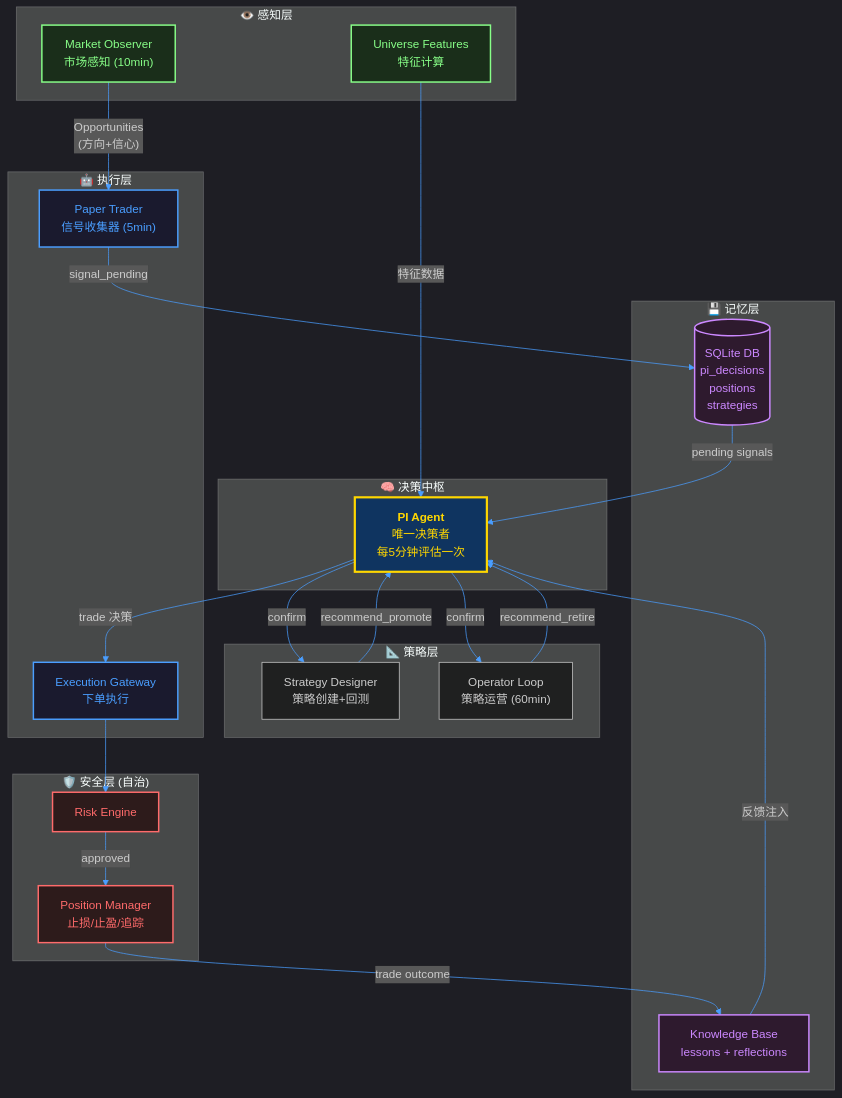
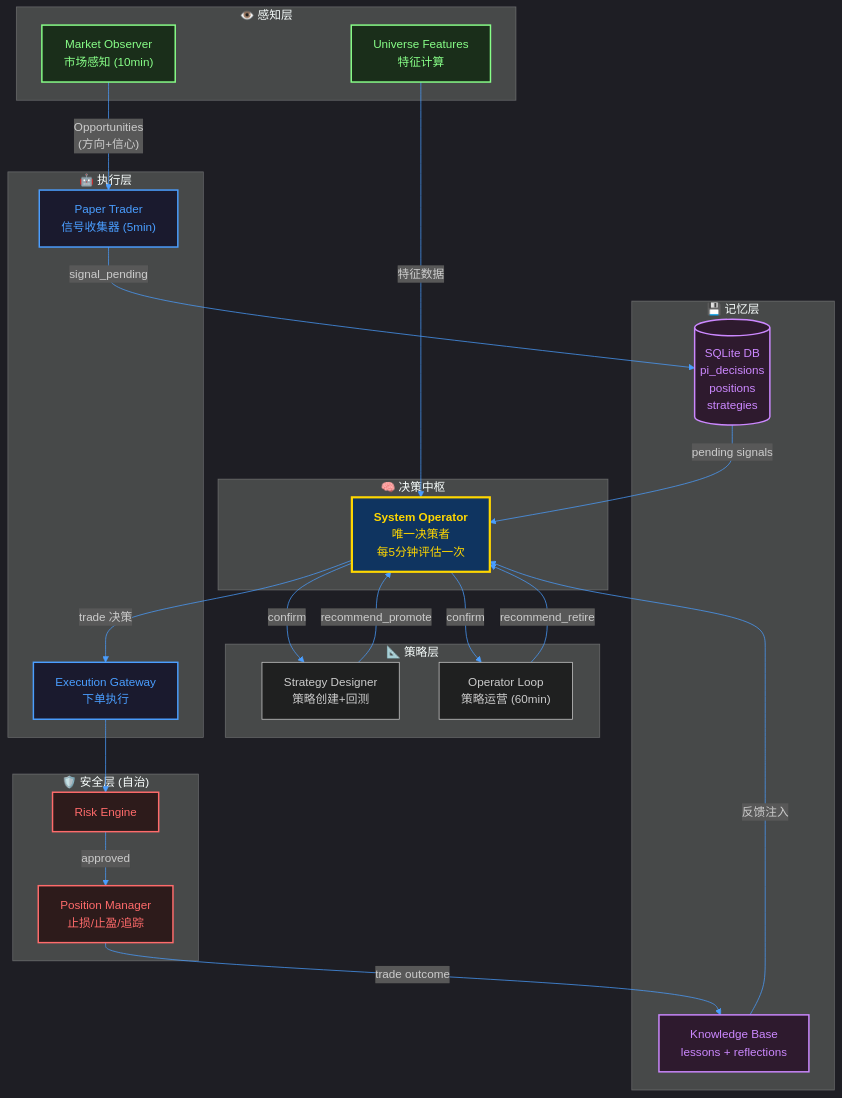
Before and after one commit to iridyne/aletheia: the diagram in docs/diagrams/01_system_overview.mmd, drawn with Mermaid. The commit also changed 43 other files, not shown here.

First line of the commit message:
chore(rename): PI Agent → System Operator across runtime-visible surfaces (display layer)

```diff
--- a/docs/diagrams/01_system_overview.mmd
+++ b/docs/diagrams/01_system_overview.mmd
@@ -1,54 +1,54 @@
 %%{init: {'theme': 'dark', 'themeVariables': {'primaryColor': '#1a1a2e', 'primaryTextColor': '#e0e0e0', 'primaryBorderColor': '#4a9eff', 'lineColor': '#4a9eff', 'fontFamily': 'sans-serif'}}}%%
 flowchart TD
     subgraph BRAIN["🧠 决策中枢"]
-        PI["<b>PI Agent</b><br/>唯一决策者<br/>每5分钟评估一次"]
+        PI["<b>System Operator</b><br/>唯一决策者<br/>每5分钟评估一次"]
     end
 
     subgraph EYES["👁️ 感知层"]
         OBS["Market Observer<br/>市场感知 (10min)"]
         FEAT["Universe Features<br/>特征计算"]
     end
 
     subgraph HANDS["🤖 执行层"]
         PT["Paper Trader<br/>信号收集器 (5min)"]
         GW["Execution Gateway<br/>下单执行"]
     end
 
     subgraph STRATEGY["📐 策略层"]
         SD["Strategy Designer<br/>策略创建+回测"]
         OP["Operator Loop<br/>策略运营 (60min)"]
     end
 
     subgraph SAFETY["🛡️ 安全层 (自治)"]
         RISK["Risk Engine"]
         PM["Position Manager<br/>止损/止盈/追踪"]
     end
 
     subgraph MEMORY["💾 记忆层"]
         DB[("SQLite DB<br/>pi_decisions<br/>positions<br/>strategies")]
         KB["Knowledge Base<br/>lessons + reflections"]
     end
 
     OBS -->|"Opportunities<br/>(方向+信心)"| PT
     FEAT -->|"特征数据"| PI
     PT -->|"signal_pending"| DB
     DB -->|"pending signals"| PI
     PI -->|"trade 决策"| GW
     GW --> RISK -->|"approved"| PM
     SD -->|"recommend_promote"| PI
     OP -->|"recommend_retire"| PI
     PI -->|"confirm"| SD & OP
     PM -->|"trade outcome"| KB
     KB -->|"反馈注入"| PI
 
     classDef brain fill:#0f3460,stroke:#ffd700,stroke-width:3px,color:#ffd700
     classDef eyes fill:#1a2e1a,stroke:#88ff88,stroke-width:2px,color:#88ff88
     classDef hands fill:#1a1a2e,stroke:#4a9eff,stroke-width:2px,color:#4a9eff
     classDef safety fill:#2d1b1b,stroke:#ff6b6b,stroke-width:2px,color:#ff6b6b
     classDef memory fill:#2e1a2e,stroke:#cc88ff,stroke-width:2px,color:#cc88ff
 
     class PI brain
     class OBS,FEAT eyes
     class PT,GW hands
     class RISK,PM safety
     class DB,KB memory
```
